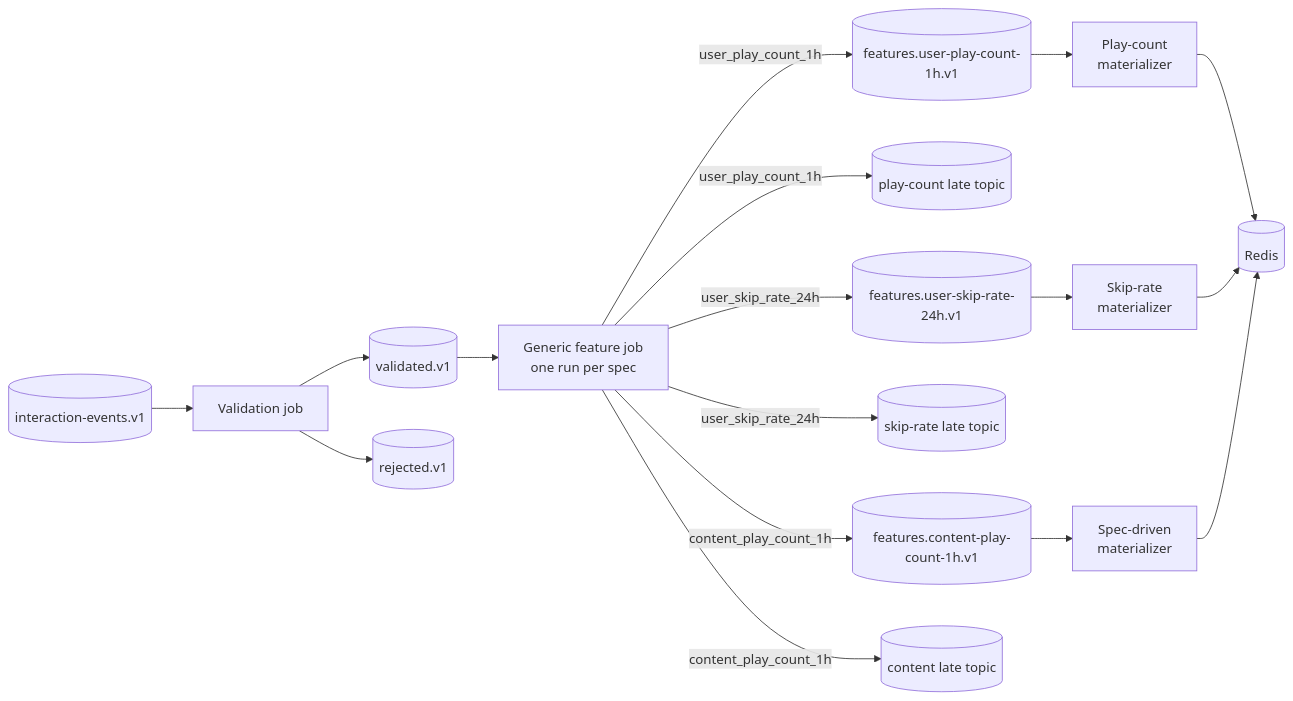
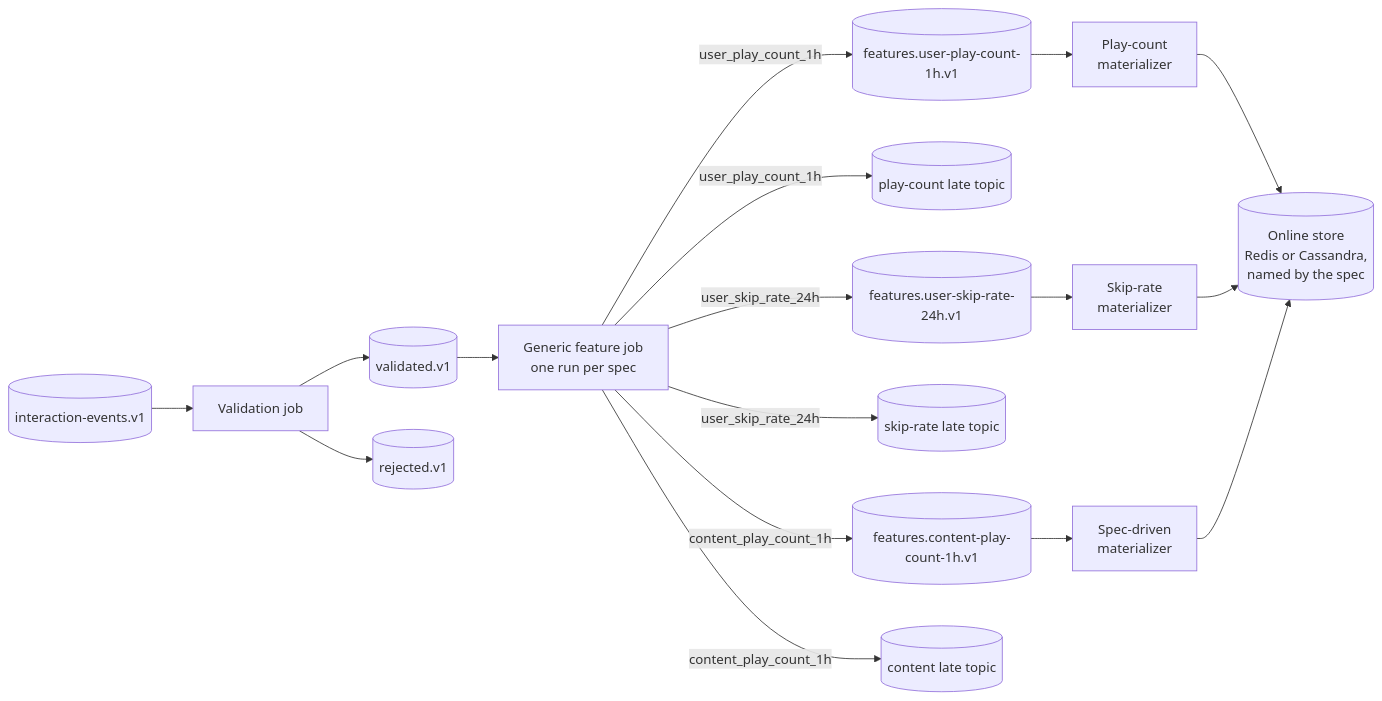
One commit to oster-dev/featureforge changed the third of 12 diagrams in ARCHITECTURE.md. Above: the diagram before and after it, drawn with Mermaid. The commit also changed other lines of this file and 20 other files, not shown here.

````diff
--- a/ARCHITECTURE.md
+++ b/ARCHITECTURE.md
@@ -93,22 +135,22 @@
 ```mermaid
 flowchart LR
     RAW[(interaction-events.v1)] --> V[Validation job]
     V --> OK[(validated.v1)]
     V --> REJ[(rejected.v1)]
 
     OK --> J[Generic feature job<br/>one run per spec]
 
     J -->|user_play_count_1h| PF[(features.user-play-count-1h.v1)]
     J -->|user_play_count_1h| PL[(play-count late topic)]
     J -->|user_skip_rate_24h| SF[(features.user-skip-rate-24h.v1)]
     J -->|user_skip_rate_24h| SL[(skip-rate late topic)]
     J -->|content_play_count_1h| CF[(features.content-play-count-1h.v1)]
     J -->|content_play_count_1h| CL[(content late topic)]
 
     PF --> M1[Play-count<br/>materializer]
     SF --> M2[Skip-rate<br/>materializer]
     CF --> M3[Spec-driven<br/>materializer]
-    M1 --> R[(Redis)]
+    M1 --> R[(Online store<br/>Redis or Cassandra,<br/>named by the spec)]
     M2 --> R
     M3 --> R
 ```
````
